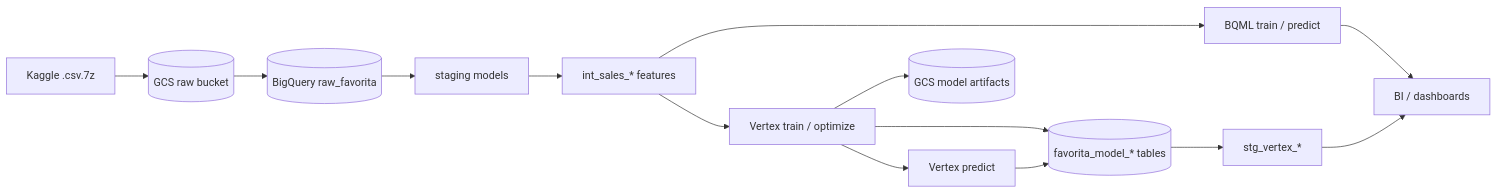
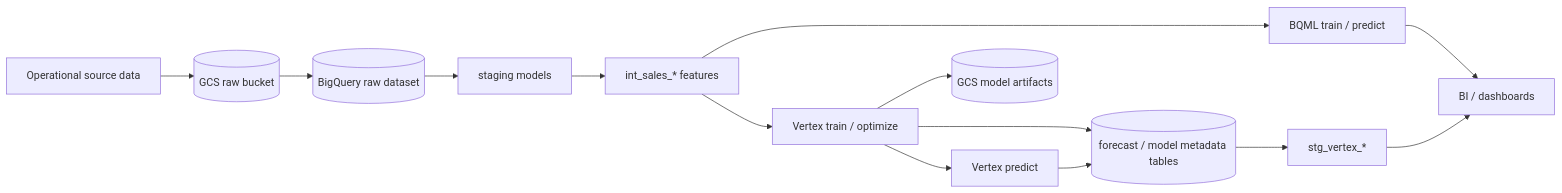
The second of 2 diagrams in README.md (the-datastrategist/tds-dbt-favorita), drawn with Mermaid before and after one commit. The commit also changed other lines of this file and 133 other files, not shown here.

````diff
--- a/README.md
+++ b/README.md
@@ -88,16 +106,16 @@
 ```mermaid
 flowchart LR
-  Kaggle["Kaggle .csv.7z"] --> GCSRaw[("GCS raw bucket")]
-  GCSRaw --> BQRaw[("BigQuery raw_favorita")]
+  Source["Operational source data"] --> GCSRaw[("GCS raw bucket")]
+  GCSRaw --> BQRaw[("BigQuery raw dataset")]
   BQRaw --> Stg["staging models"]
   Stg --> Int["int_sales_* features"]
   Int --> BQML["BQML train / predict"]
   Int --> VTrain["Vertex train / optimize"]
   VTrain --> VPred["Vertex predict"]
   VTrain --> GCSModel[("GCS model artifacts")]
-  VTrain --> BQMeta[("favorita_model_* tables")]
+  VTrain --> BQMeta[("forecast / model metadata tables")]
   VPred --> BQMeta
   BQMeta --> StgVertex["stg_vertex_*"]
   BQML --> BI["BI / dashboards"]
   StgVertex --> BI
 ```
````
